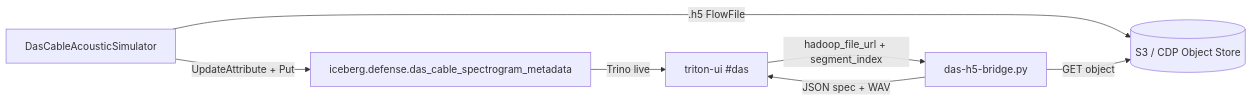
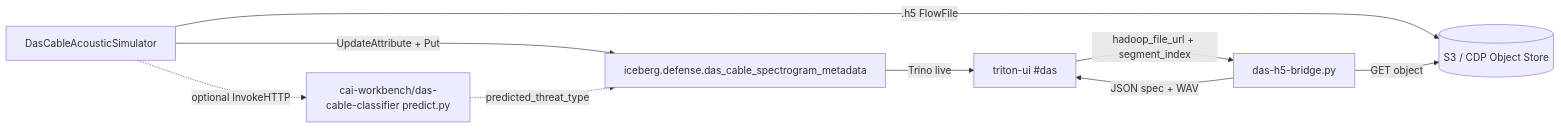
The diagram in docs/DAS_NIFI_AND_UI_FORMAT.md (frothkoetter/triton-baltic-sea-observer), drawn with Mermaid before and after one commit. The commit also changed other lines of this file and 5 other files, not shown here.

Commit message:
Docs: DAS classifier 11-class model, CML deploy, UI GT/ML labels

````diff
--- a/docs/DAS_NIFI_AND_UI_FORMAT.md
+++ b/docs/DAS_NIFI_AND_UI_FORMAT.md
@@ -19,15 +19,18 @@
 ```mermaid
 flowchart LR
   NIFI[DasCableAcousticSimulator]
   S3[(S3 / CDP Object Store)]
   ICE[iceberg.defense.das_cable_spectrogram_metadata]
   UI[triton-ui #das]
   BRIDGE[das-h5-bridge.py]
 
   NIFI -->|".h5" FlowFile| S3
   NIFI -->|UpdateAttribute + Put| ICE
+  CML[cai-workbench/das-cable-classifier predict.py]
+  NIFI -.->|optional InvokeHTTP| CML
+  CML -.->|predicted_threat_type| ICE
   ICE -->|Trino live| UI
   UI -->|hadoop_file_url + segment_index| BRIDGE
   BRIDGE -->|GET object| S3
   BRIDGE -->|JSON spec + WAV| UI
 ```
````
